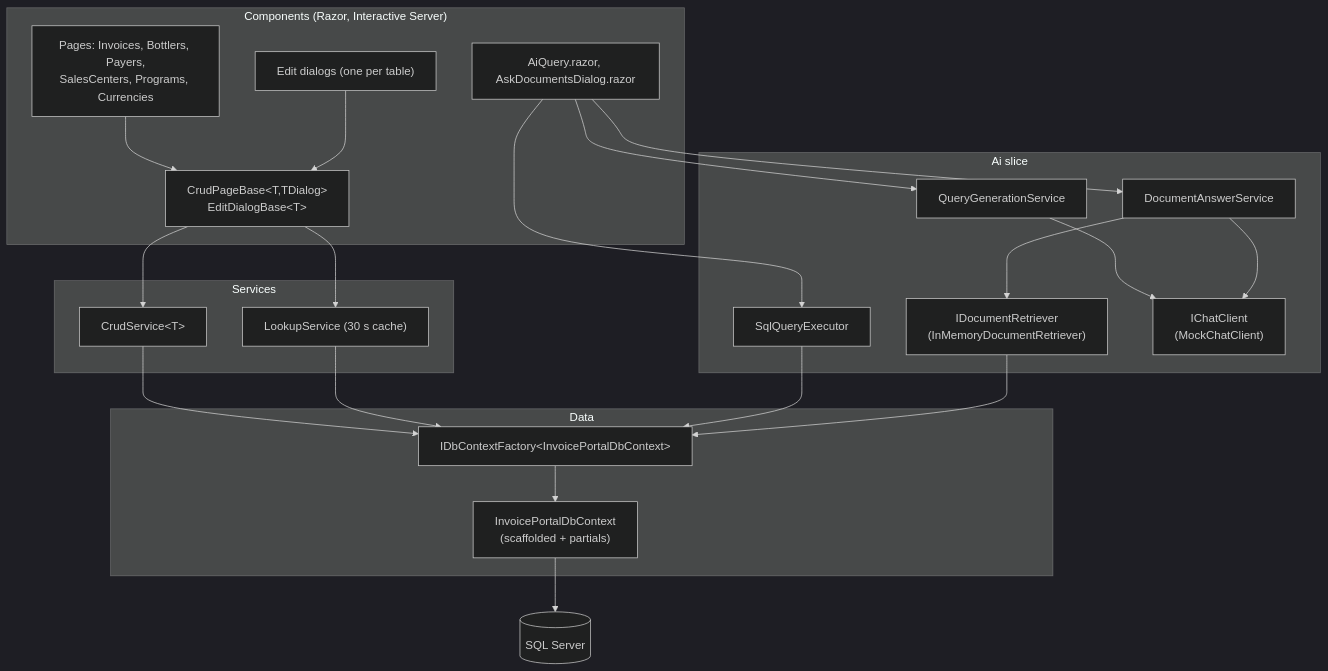
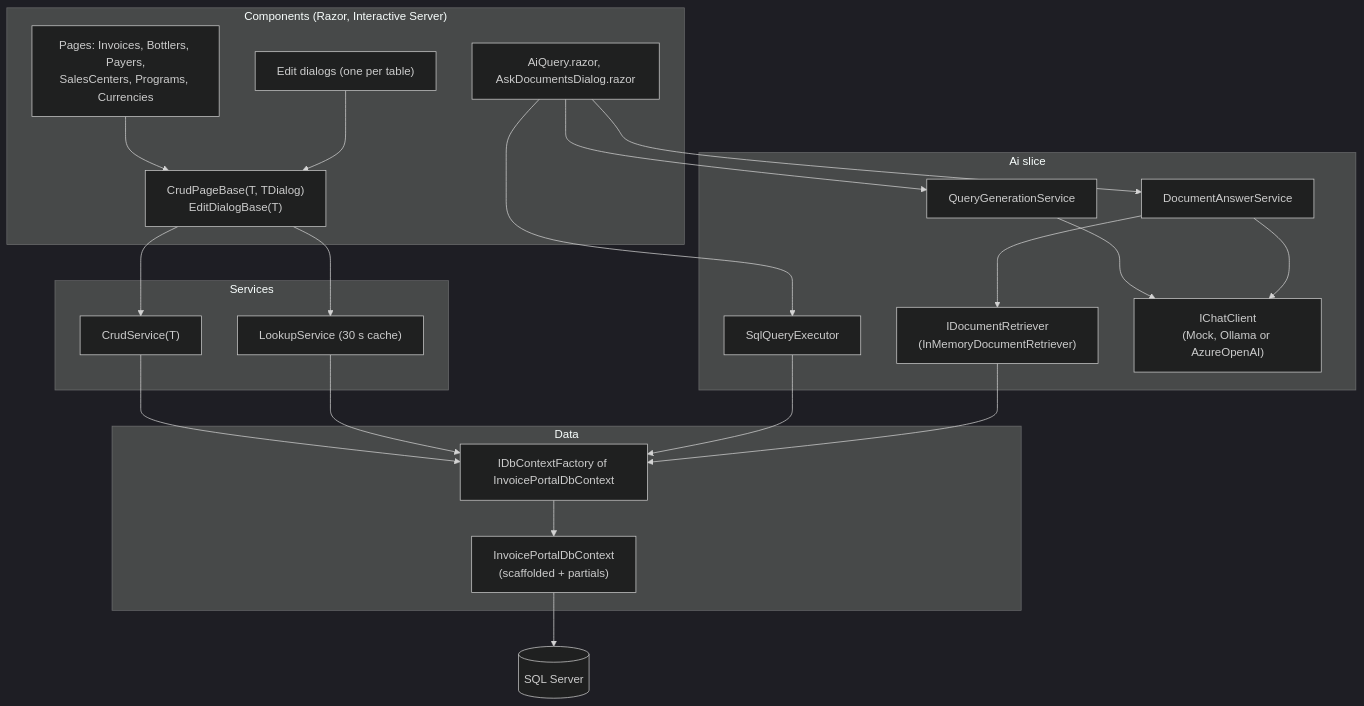
The second of 8 diagrams in ARCHITECTURE.md (KevinRaffay/InvoicePortal), drawn with Mermaid (dark theme) before and after one commit. The commit also changed other lines of this file and 39 other files, not shown here.

````diff
--- a/ARCHITECTURE.md
+++ b/ARCHITECTURE.md
@@ -80,37 +102,37 @@
 ```mermaid
 flowchart TB
     subgraph UI["Components (Razor, Interactive Server)"]
         Pages["Pages: Invoices, Bottlers, Payers,<br/>SalesCenters, Programs, Currencies"]
         Dialogs["Edit dialogs (one per table)"]
         AiPages["AiQuery.razor, AskDocumentsDialog.razor"]
-        Bases["CrudPageBase&lt;T,TDialog&gt;<br/>EditDialogBase&lt;T&gt;"]
+        Bases["CrudPageBase(T, TDialog)<br/>EditDialogBase(T)"]
     end
     subgraph Services["Services"]
-        Crud["CrudService&lt;T&gt;"]
+        Crud["CrudService(T)"]
         Lookup["LookupService (30 s cache)"]
     end
     subgraph AI["Ai slice"]
         QGen["QueryGenerationService"]
         Exec["SqlQueryExecutor"]
         DocSvc["DocumentAnswerService"]
         Retriever["IDocumentRetriever<br/>(InMemoryDocumentRetriever)"]
-        Chat["IChatClient<br/>(MockChatClient)"]
+        Chat["IChatClient<br/>(Mock, Ollama or AzureOpenAI)"]
     end
     subgraph Data["Data"]
-        Factory["IDbContextFactory&lt;InvoicePortalDbContext&gt;"]
+        Factory["IDbContextFactory of InvoicePortalDbContext"]
         Ctx["InvoicePortalDbContext<br/>(scaffolded + partials)"]
     end
     Sql[("SQL Server")]
 
     Pages --> Bases --> Crud
     Dialogs --> Bases --> Lookup
     AiPages --> QGen --> Chat
     AiPages --> Exec
     AiPages --> DocSvc --> Retriever
     DocSvc --> Chat
     Crud --> Factory
     Lookup --> Factory
     Exec --> Factory
     Retriever --> Factory
     Factory --> Ctx --> Sql
 ```
````
